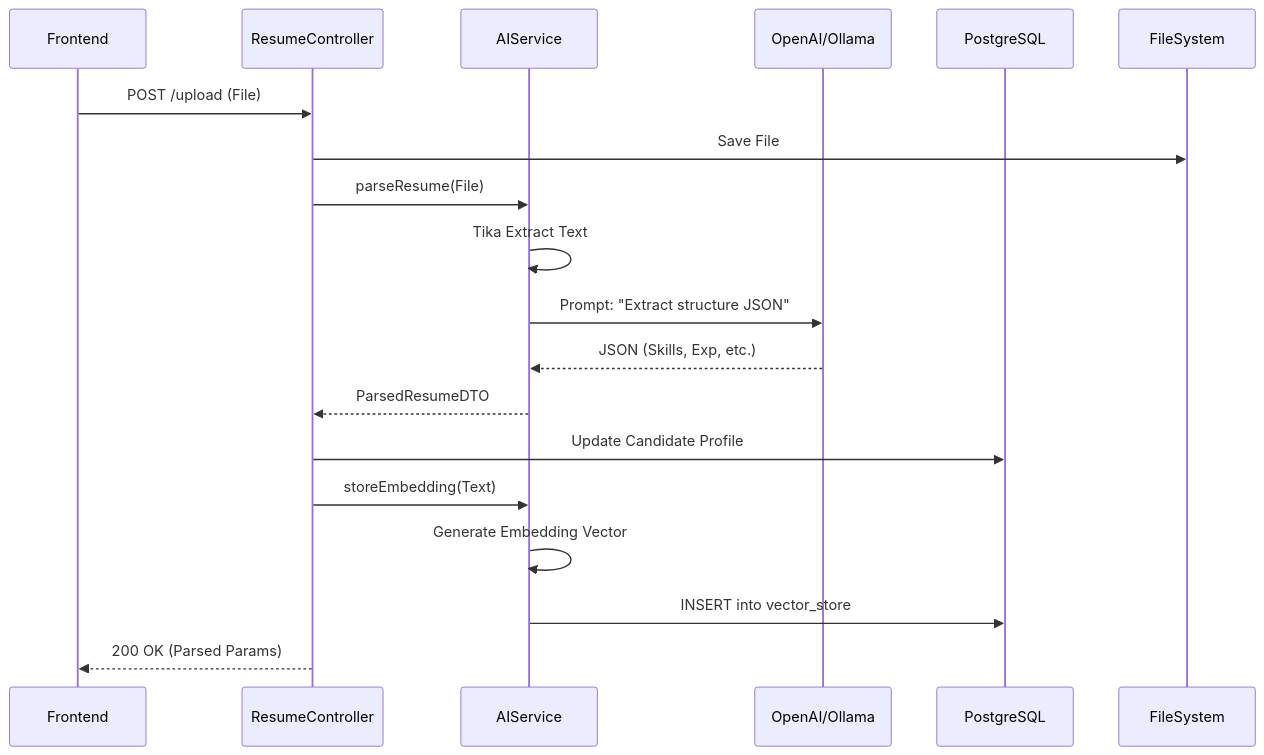
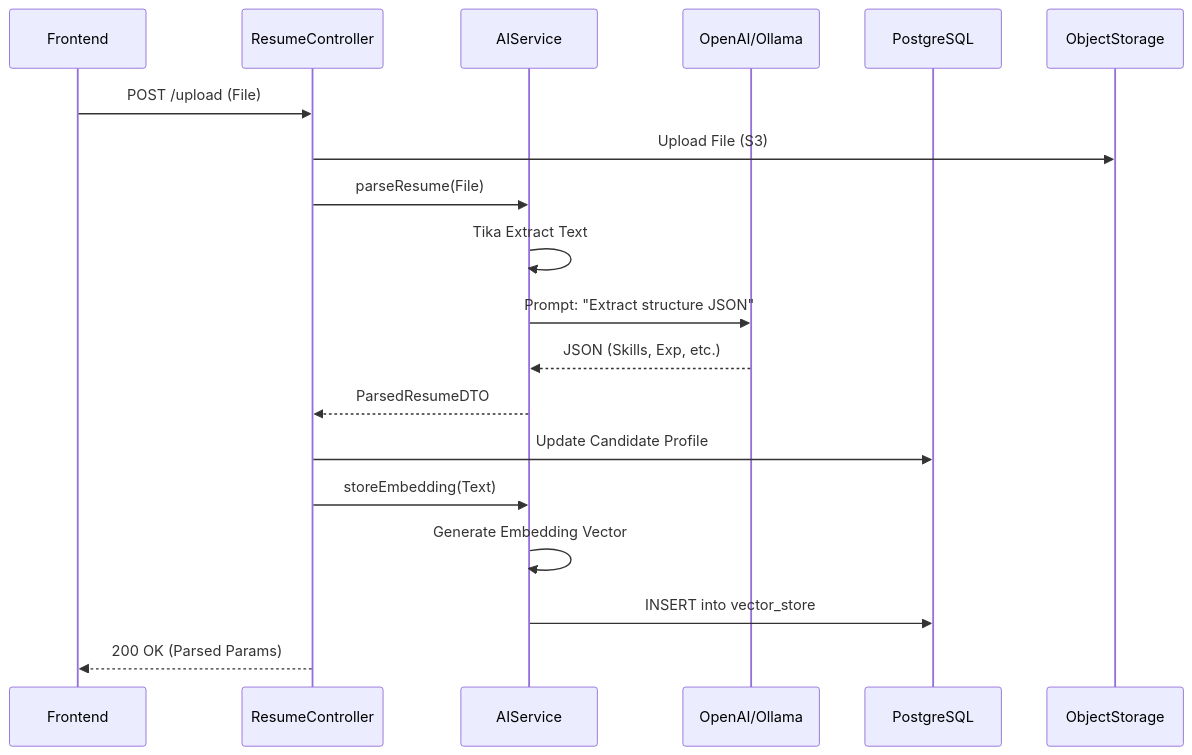
Before and after one commit to Prathamesh36/SkillSync-AI: the second of 4 diagrams in README.md, drawn with Mermaid. The commit also changed other lines of this file and 1 other file, not shown here.

First line of the commit message:
Document MinIO integration; remove extra README

````diff
--- a/README.md
+++ b/README.md
@@ -359,22 +363,23 @@
 ```mermaid
 sequenceDiagram
     participant User as Frontend
     participant Controller as ResumeController
     participant Service as AIService
     participant LLM as OpenAI/Ollama
+    participant LLM as OpenAI/Ollama
     participant DB as PostgreSQL
-    participant FS as FileSystem
+    participant MinIO as ObjectStorage
 
     User->>Controller: POST /upload (File)
-    Controller->>FS: Save File
+    Controller->>MinIO: Upload File (S3)
     Controller->>Service: parseResume(File)
     Service->>Service: Tika Extract Text
     Service->>LLM: Prompt: "Extract structure JSON"
     LLM-->>Service: JSON (Skills, Exp, etc.)
     Service-->>Controller: ParsedResumeDTO
     Controller->>DB: Update Candidate Profile
     Controller->>Service: storeEmbedding(Text)
     Service->>Service: Generate Embedding Vector
     Service->>DB: INSERT into vector_store
     Controller-->>User: 200 OK (Parsed Params)
 ```
````
